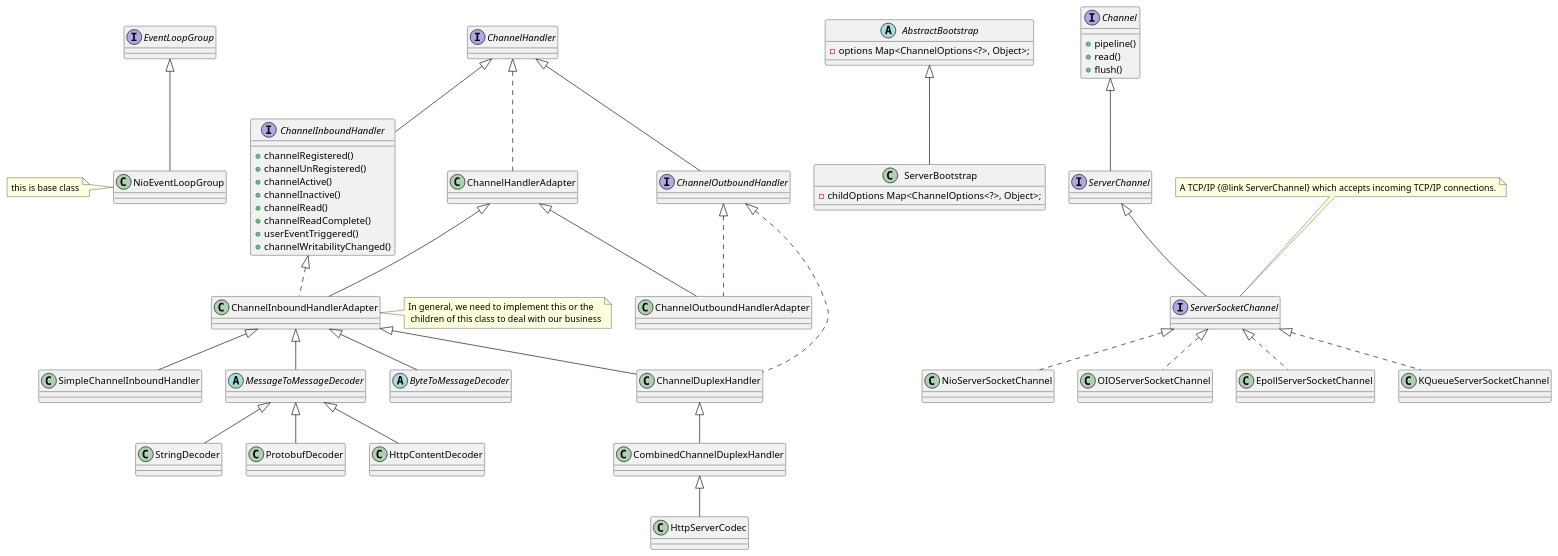
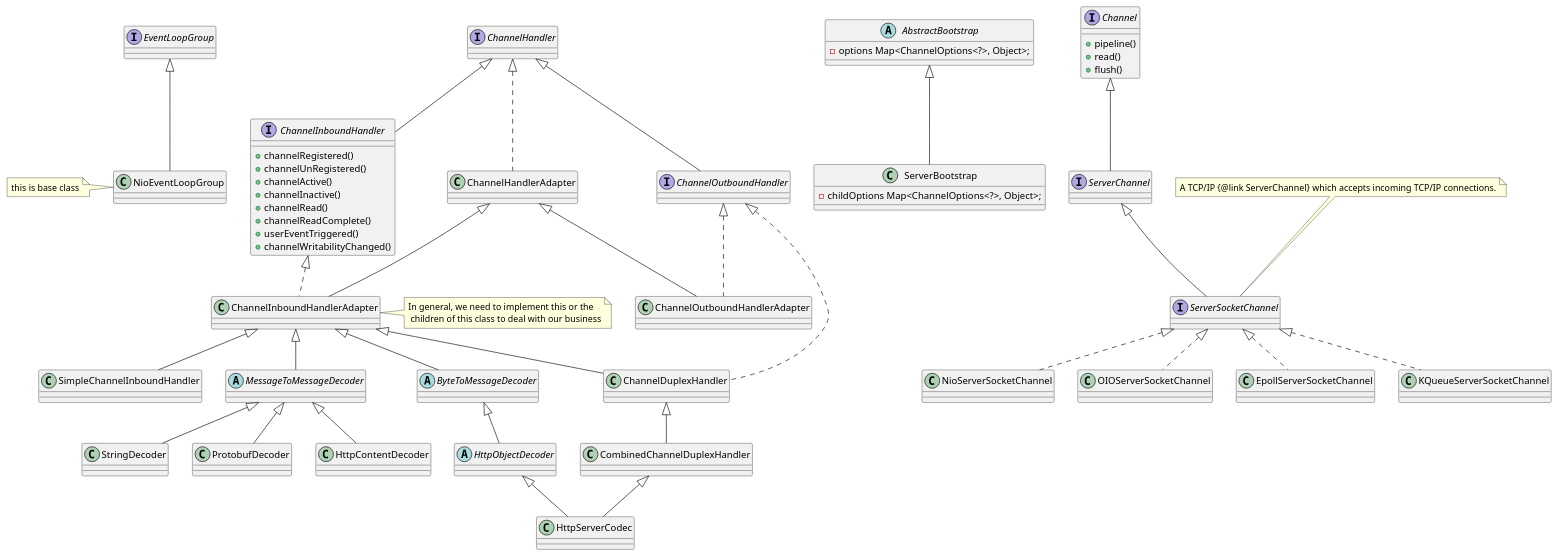
One commit to loversugar/netty-learning changed the diagram in netty.puml. Above: the diagram before and after it, drawn with PlantUML. The commit also changed 2 other files, not shown here.

Commit message:
continue to study the process of netty http

```diff
--- a/netty.puml
+++ b/netty.puml
@@ -1,82 +1,88 @@
 @startuml
 interface EventLoopGroup
 class NioEventLoopGroup {
 }
 
 note left of NioEventLoopGroup: this is base class
 EventLoopGroup <|-- NioEventLoopGroup
 
 abstract AbstractBootstrap {
     -options Map<ChannelOptions<?>, Object>;
 }
 class ServerBootstrap {
     -childOptions Map<ChannelOptions<?>, Object>;
 }
 AbstractBootstrap <|-- ServerBootstrap
 
 interface Channel {
     +pipeline()
     +read()
     +flush()
 }
 interface ServerChannel
 interface ServerSocketChannel
 note top of ServerSocketChannel: A TCP/IP {@link ServerChannel} which accepts incoming TCP/IP connections.
 
 class NioServerSocketChannel
 class OIOServerSocketChannel
 class EpollServerSocketChannel
 class KQueueServerSocketChannel
 
 Channel <|-- ServerChannel
 ServerChannel <|-- ServerSocketChannel
 ServerSocketChannel <|.. NioServerSocketChannel
 ServerSocketChannel <|.. OIOServerSocketChannel
 ServerSocketChannel <|.. EpollServerSocketChannel
 ServerSocketChannel <|.. KQueueServerSocketChannel
 
 interface ChannelHandler
 class ChannelHandlerAdapter
 interface ChannelOutboundHandler
 interface ChannelInboundHandler {
     +channelRegistered()
     +channelUnRegistered()
     +channelActive()
     +channelInactive()
     +channelRead()
     +channelReadComplete()
     +userEventTriggered()
     +channelWritabilityChanged()
 }
 class ChannelOutboundHandlerAdapter
 
 class ChannelInboundHandlerAdapter
 class SimpleChannelInboundHandler
 abstract class MessageToMessageDecoder
 class StringDecoder
 class ProtobufDecoder
 class HttpContentDecoder
+
 abstract class ByteToMessageDecoder
+abstract class HttpObjectDecoder
+class HttpServerCodec
+
+HttpObjectDecoder <|-- HttpServerCodec
+ByteToMessageDecoder <|-- HttpObjectDecoder
 
 note right of ChannelInboundHandlerAdapter: In general, we need to implement this or the \n children of this class to deal with our business
 
 ChannelHandler <|.. ChannelHandlerAdapter
 ChannelHandler <|-- ChannelOutboundHandler
 ChannelHandler <|-- ChannelInboundHandler
 ChannelHandlerAdapter <|-- ChannelOutboundHandlerAdapter
 ChannelHandlerAdapter <|-- ChannelInboundHandlerAdapter
 ChannelInboundHandler <|.. ChannelInboundHandlerAdapter
 ChannelOutboundHandler <|.. ChannelOutboundHandlerAdapter
 ChannelInboundHandlerAdapter <|-- SimpleChannelInboundHandler
 ChannelInboundHandlerAdapter <|-- MessageToMessageDecoder
 MessageToMessageDecoder <|-- StringDecoder
 MessageToMessageDecoder <|-- ProtobufDecoder
 MessageToMessageDecoder <|-- HttpContentDecoder
 ChannelInboundHandlerAdapter <|-- ByteToMessageDecoder
 
 CombinedChannelDuplexHandler <|-- HttpServerCodec
 ChannelDuplexHandler <|-- CombinedChannelDuplexHandler
 ChannelInboundHandlerAdapter <|-- ChannelDuplexHandler
 ChannelOutboundHandler <|.. ChannelDuplexHandler
 
 @enduml
```
